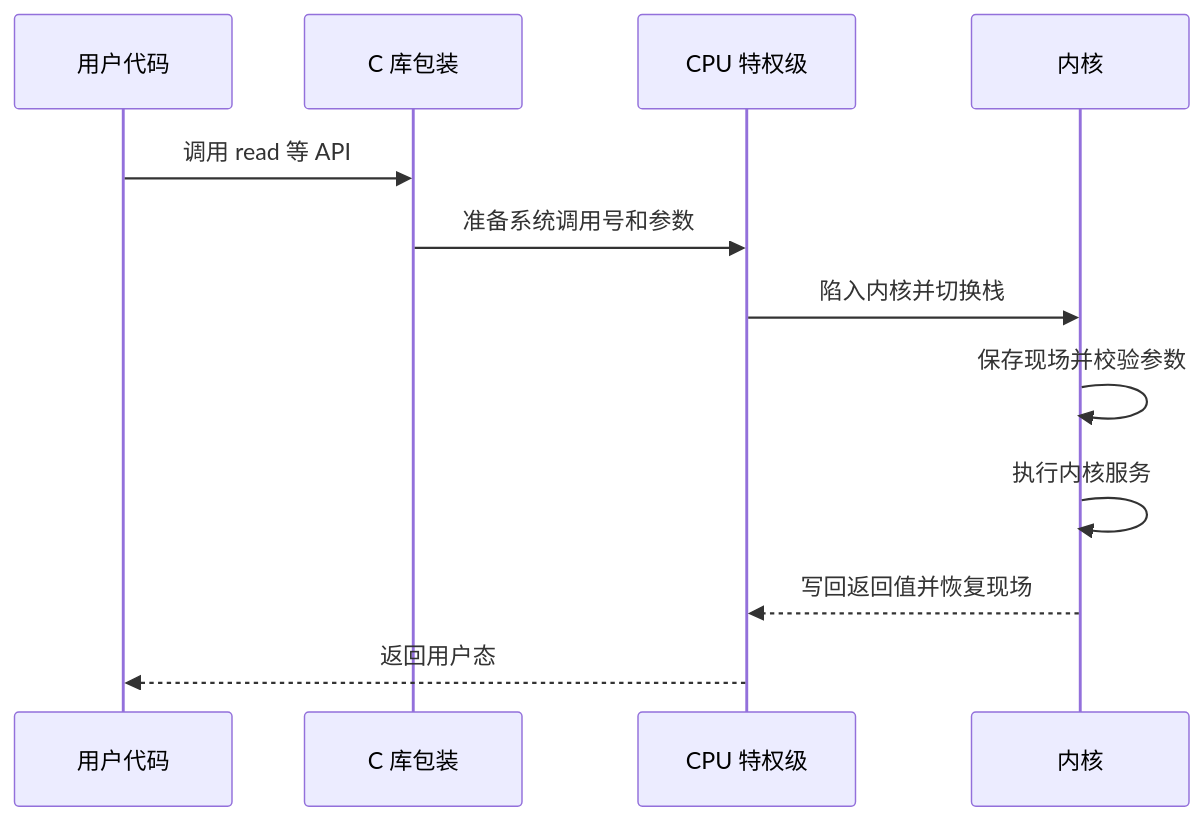
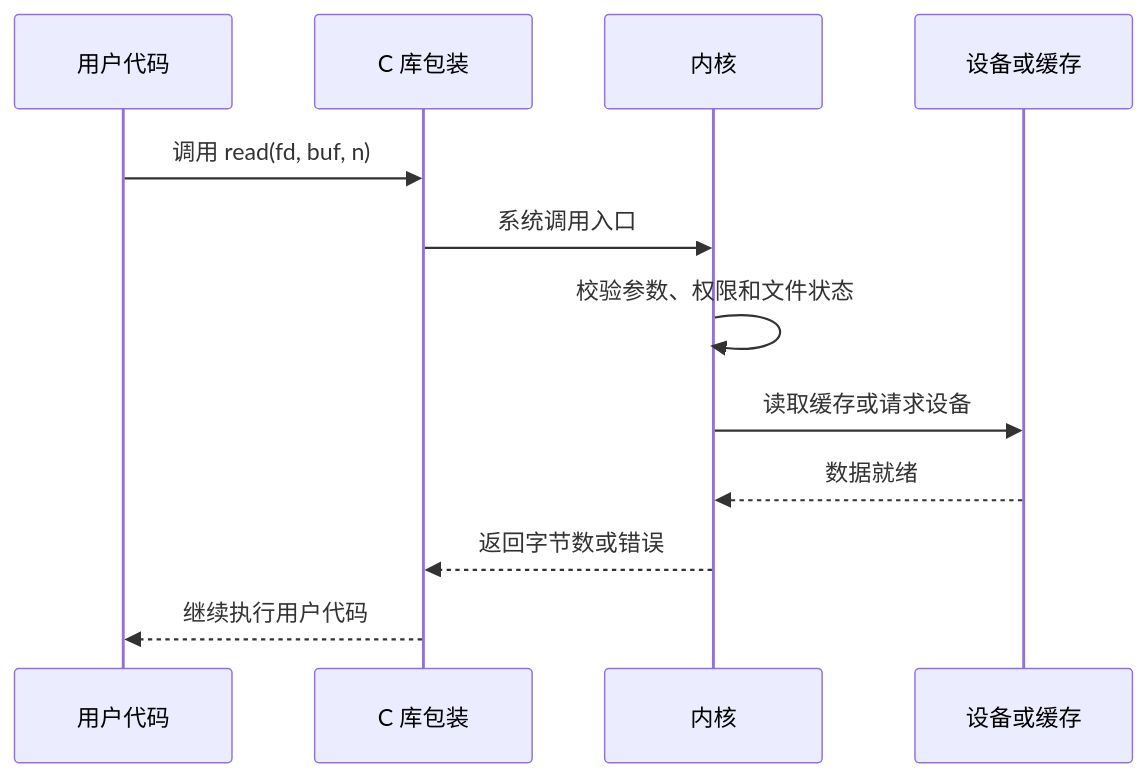
The second of 2 diagrams in 05_interview/fundamentals/cs-core/operating-system/01-kernel-process-thread/index.md (ranxi2001/zero2Leetcode), drawn with Mermaid before and after one commit. The commit also changed other lines of this file and 38 other files, not shown here.

````diff
--- a/05_interview/fundamentals/cs-core/operating-system/01-kernel-process-thread/index.md
+++ b/05_interview/fundamentals/cs-core/operating-system/01-kernel-process-thread/index.md
@@ -68,14 +68,14 @@
 ```mermaid
 sequenceDiagram
     participant U as 用户代码
     participant L as C 库包装
-    participant CPU as CPU 特权级
     participant K as 内核
-    U->>L: 调用 read 等 API
-    L->>CPU: 准备系统调用号和参数
-    CPU->>K: 陷入内核并切换栈
-    K->>K: 保存现场并校验参数
-    K->>K: 执行内核服务
-    K-->>CPU: 写回返回值并恢复现场
-    CPU-->>U: 返回用户态
+    participant D as 设备或缓存
+    U->>L: 调用 read(fd, buf, n)
+    L->>K: 系统调用入口
+    K->>K: 校验参数、权限和文件状态
+    K->>D: 读取缓存或请求设备
+    D-->>K: 数据就绪
+    K-->>L: 返回字节数或错误
+    L-->>U: 继续执行用户代码
 ```
````
